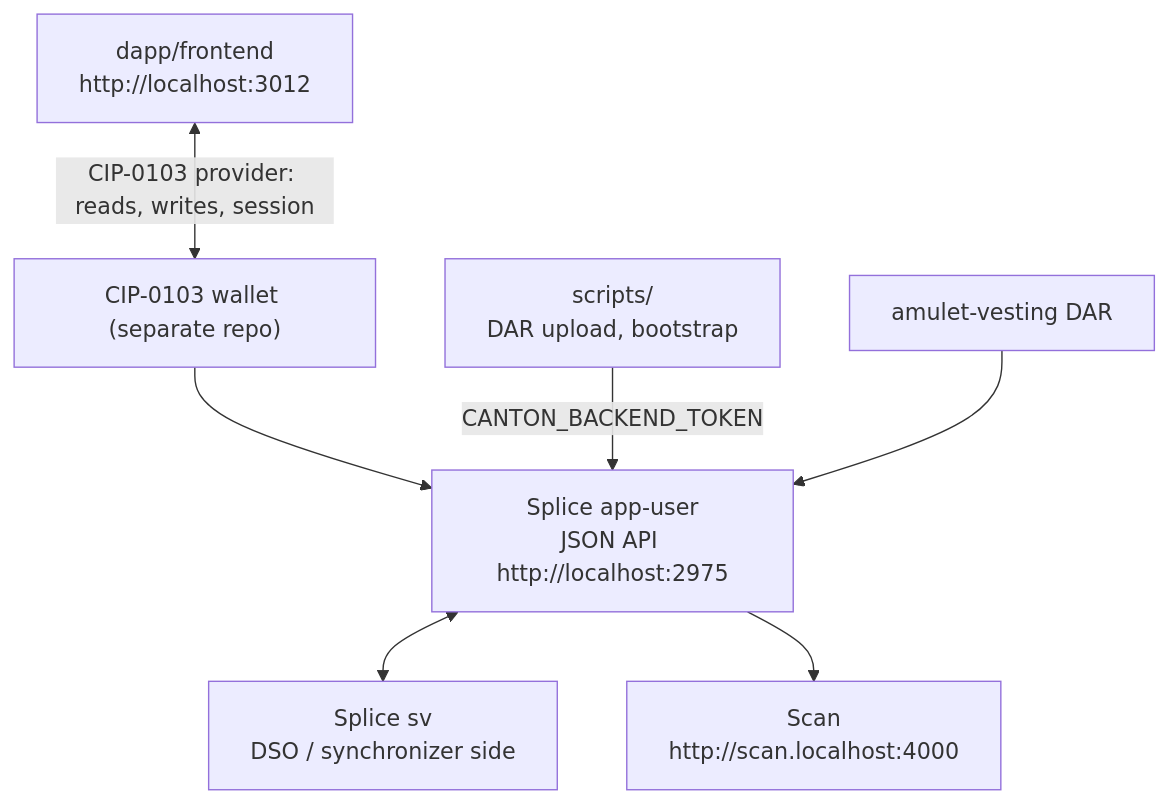
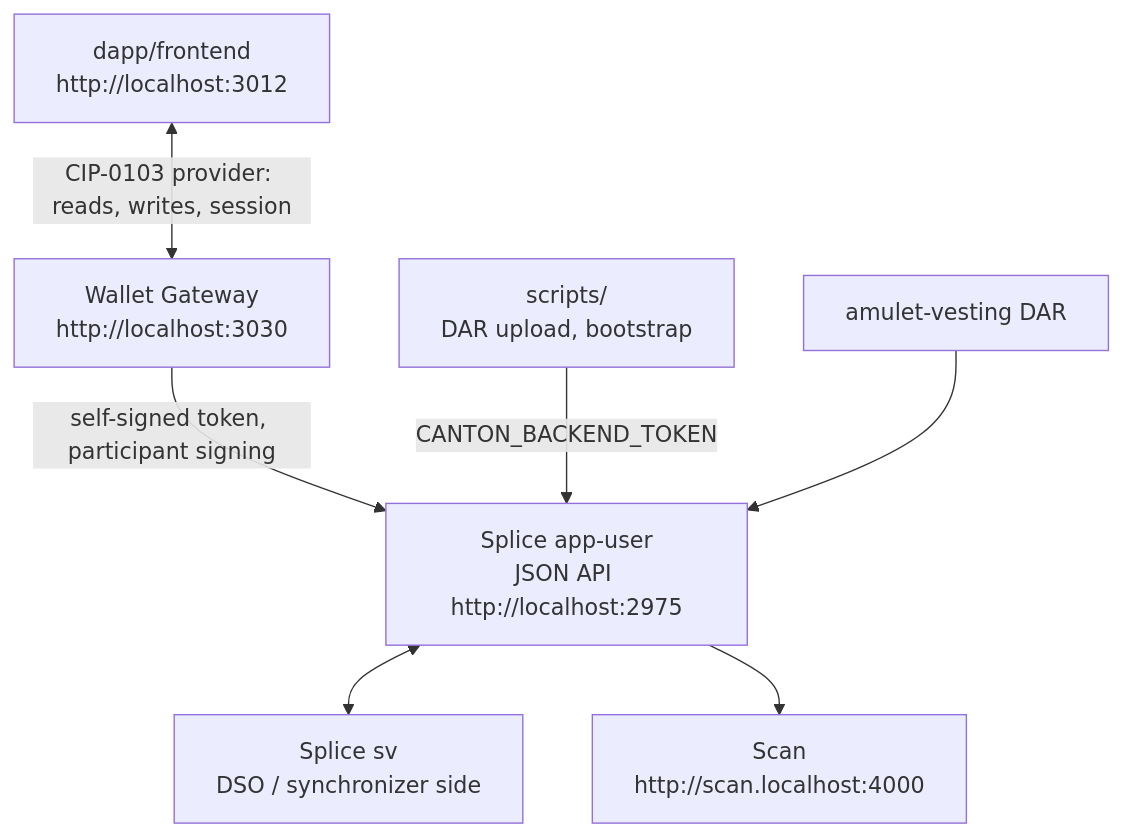
The diagram in architecture.md (BootNodeDev/canton-dappbooster), drawn with Mermaid before and after one commit. The commit also changed other lines of this file and 5 other files, not shown here.

First line of the commit message:
docs: document the Wallet Gateway

````diff
--- a/architecture.md
+++ b/architecture.md
@@ -22,17 +23,17 @@
 ```mermaid
 flowchart TD
   fe["dapp/frontend<br/>http://localhost:3012"]
-  wallet["CIP-0103 wallet (separate repo)"]
+  gw["Wallet Gateway<br/>http://localhost:3030"]
   au["Splice app-user<br/>JSON API http://localhost:2975"]
   sv["Splice sv<br/>DSO / synchronizer side"]
   scan["Scan<br/>http://scan.localhost:4000"]
   dar["amulet-vesting DAR"]
   scripts["scripts/<br/>DAR upload, bootstrap"]
 
-  fe <-->|"CIP-0103 provider: reads, writes, session"| wallet
-  wallet --> au
+  fe <-->|"CIP-0103 provider: reads, writes, session"| gw
+  gw -->|"self-signed token, participant signing"| au
   scripts -->|"CANTON_BACKEND_TOKEN"| au
   au <--> sv
   au --> scan
   dar --> au
 ```
````
